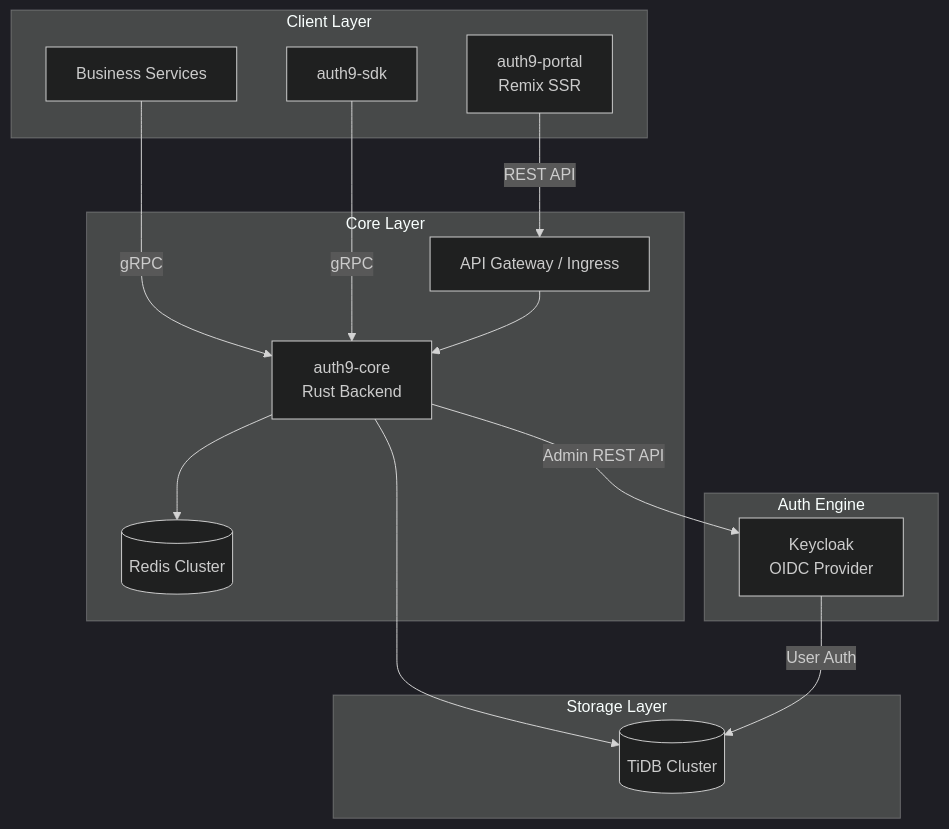
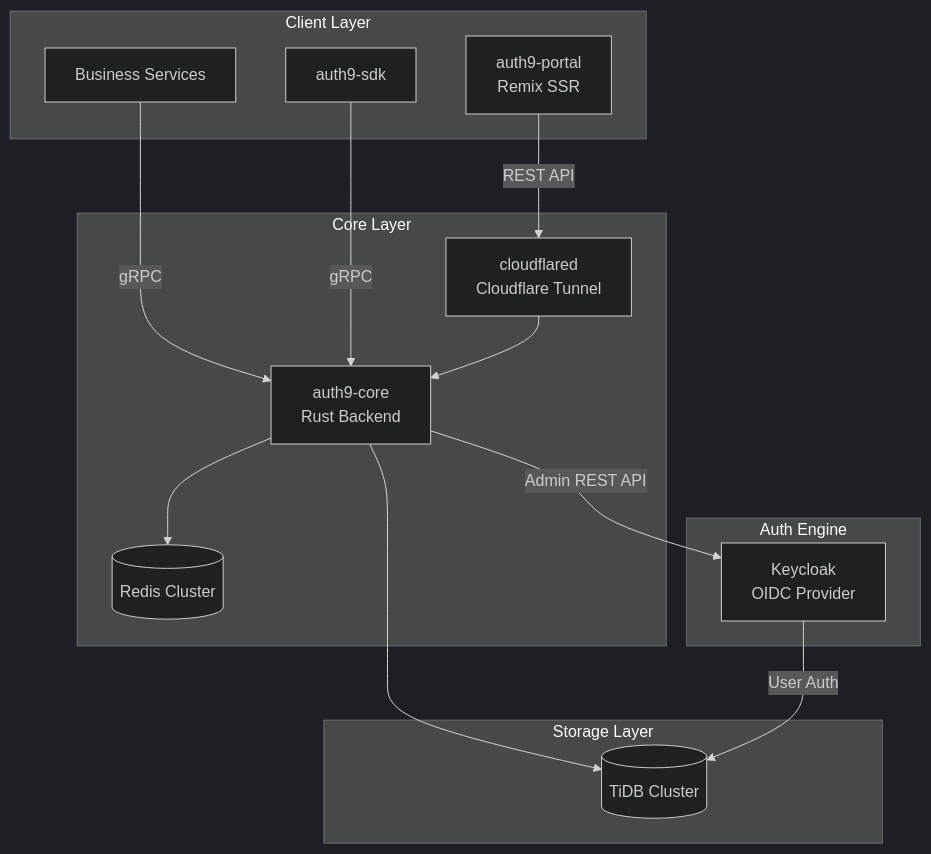
Before and after one commit to gpgkd906/auth9: the first of 4 diagrams in docs/architecture.md, drawn with Mermaid (dark theme). The commit also changed 5 other files, not shown here.

````diff
--- a/docs/architecture.md
+++ b/docs/architecture.md
@@ -25,31 +25,31 @@
 ```mermaid
 flowchart TB
     subgraph clients [Client Layer]
         Portal[auth9-portal<br/>Remix SSR]
         BizServices[Business Services]
         SDK[auth9-sdk]
     end
 
     subgraph core [Core Layer]
-        Gateway[API Gateway / Ingress]
+        Gateway[cloudflared<br/>Cloudflare Tunnel]
         Auth9Core[auth9-core<br/>Rust Backend]
         Cache[(Redis Cluster)]
     end
 
     subgraph auth [Auth Engine]
         Keycloak[Keycloak<br/>OIDC Provider]
     end
 
     subgraph storage [Storage Layer]
         TiDB[(TiDB Cluster)]
     end
 
     Portal -->|REST API| Gateway
     BizServices -->|gRPC| Auth9Core
     SDK -->|gRPC| Auth9Core
     Gateway --> Auth9Core
     Auth9Core -->|Admin REST API| Keycloak
     Auth9Core --> Cache
     Auth9Core --> TiDB
     Keycloak -->|User Auth| TiDB
 ```
````
